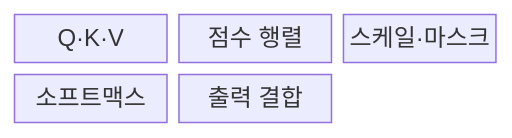
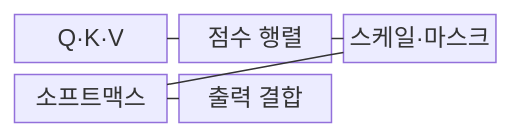
One commit to agnusdei1207/knowledge-base changed the first of 2 diagrams in src/content/docs/notes/08-latest-tech/029_scaled_dot_product_attention.md. Above: the diagram before and after it, drawn with Mermaid. The commit also changed other lines of this file and 228 other files, not shown here.

````diff
--- a/src/content/docs/notes/08-latest-tech/029_scaled_dot_product_attention.md
+++ b/src/content/docs/notes/08-latest-tech/029_scaled_dot_product_attention.md
@@ -51,9 +51,13 @@
 ```mermaid
 block-beta
     columns 3
     Q["Q·K·V"]
     S["점수 행렬"]
     M["스케일·마스크"]
     W["소프트맥스"]
     O["출력 결합"]
+    Q --- S
+    S --- M
+    M --- W
+    W --- O
 ```
````
